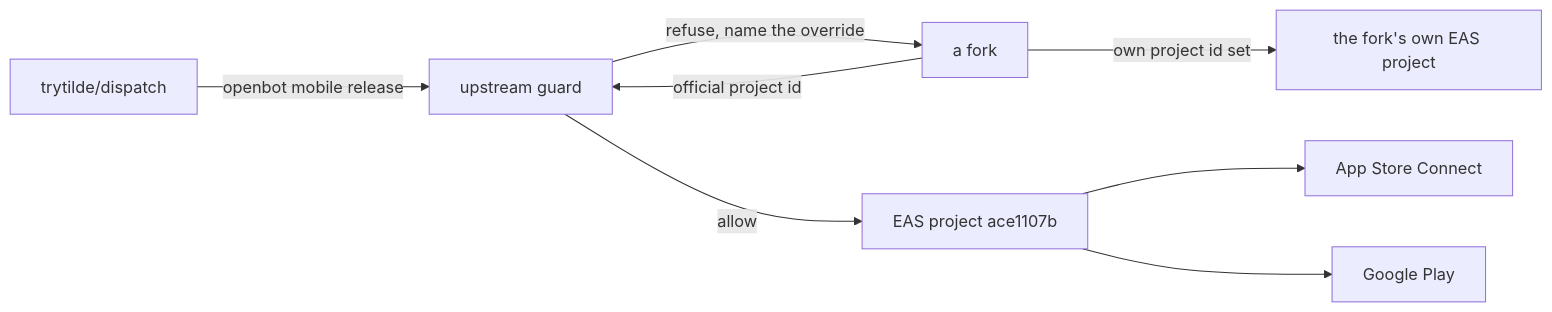
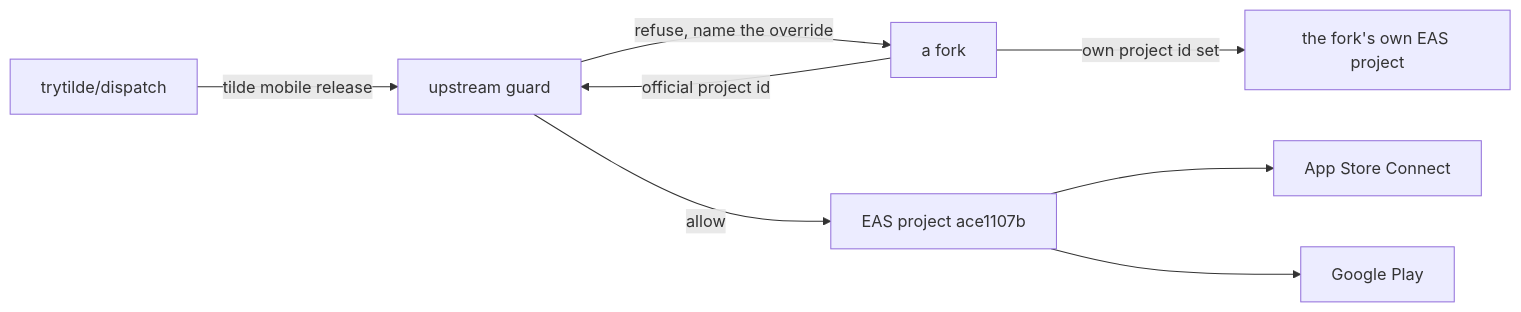
One commit to trytilde/dispatch changed the diagram in docs/adrs/0027-official-app-store-publication.md. Above: the diagram before and after it, drawn with Mermaid. The commit also changed other lines of this file and 668 other files, not shown here.

````diff
--- a/docs/adrs/0027-official-app-store-publication.md
+++ b/docs/adrs/0027-official-app-store-publication.md
@@ -83,10 +83,10 @@
 ```mermaid
 flowchart LR
-  U["trytilde/dispatch"] -->|"openbot mobile release"| G["upstream guard"]
+  U["trytilde/dispatch"] -->|"tilde mobile release"| G["upstream guard"]
   F["a fork"] -->|"official project id"| G
   G -->|"refuse, name the override"| F
   G -->|"allow"| E["EAS project ace1107b"]
   E --> A["App Store Connect"]
   E --> P["Google Play"]
   F -->|"own project id set"| E2["the fork's own EAS project"]
 ```
````
